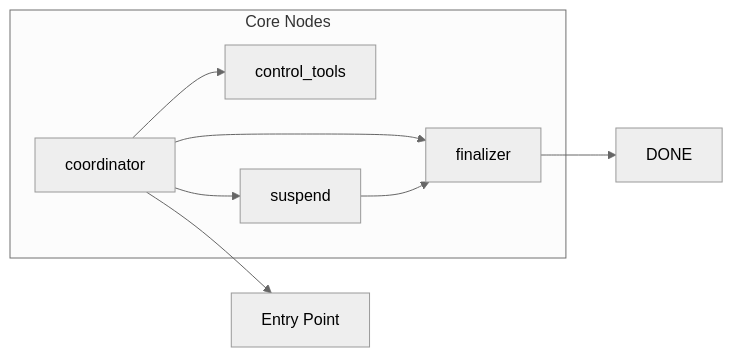
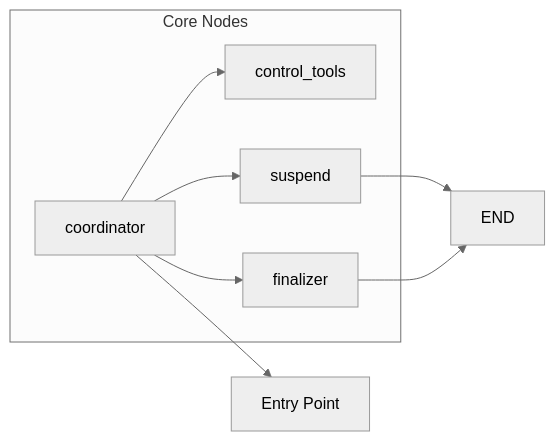
One commit to jonaskahn/cadence changed the second of 9 diagrams in docs/concepts/langgraph-architecture.md. Above: the diagram before and after it, drawn with Mermaid (neutral theme). The commit also changed other lines of this file and 5 other files, not shown here.

````diff
--- a/docs/concepts/langgraph-architecture.md
+++ b/docs/concepts/langgraph-architecture.md
@@ -79,12 +74,12 @@
 ```mermaid
 graph LR
     subgraph "Core Nodes"
         A[coordinator] --> B[control_tools]
         A --> C[suspend]
         A --> D[finalizer]
     end
     
     A --> E[Entry Point]
-    C --> D
-    D --> F[DONE]
+    C --> F[END]
+    D --> F
 ```
````
